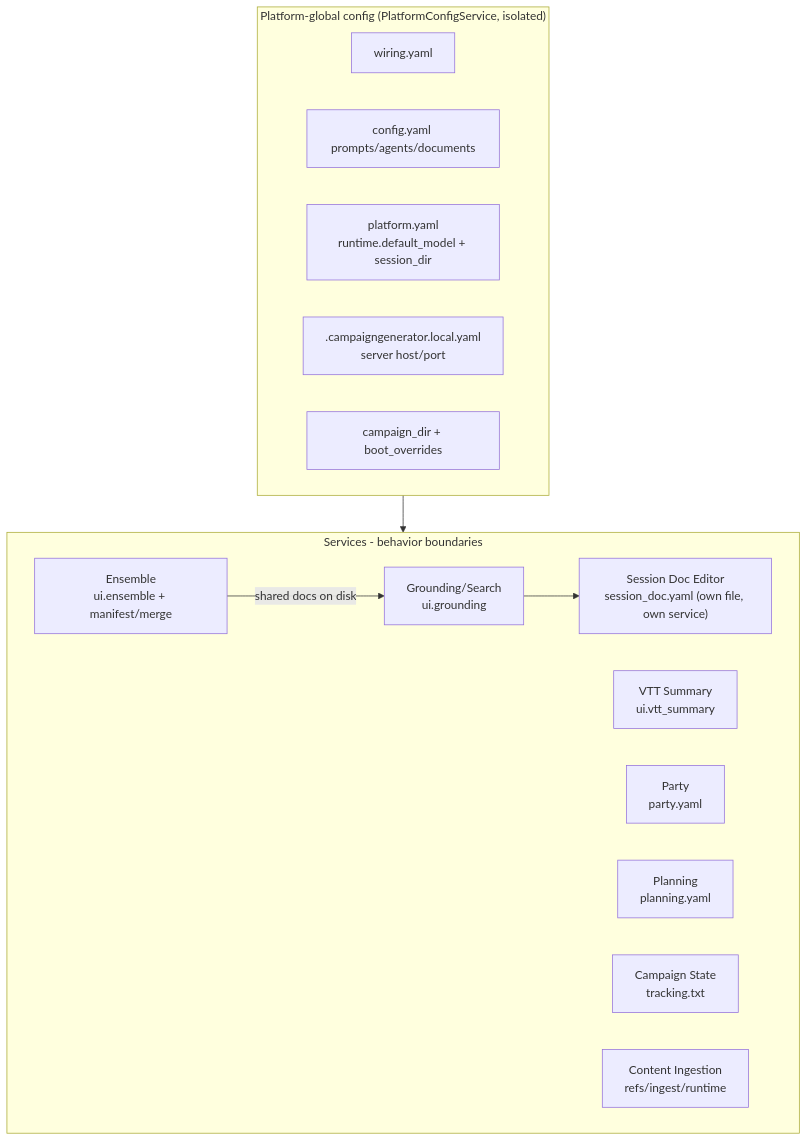
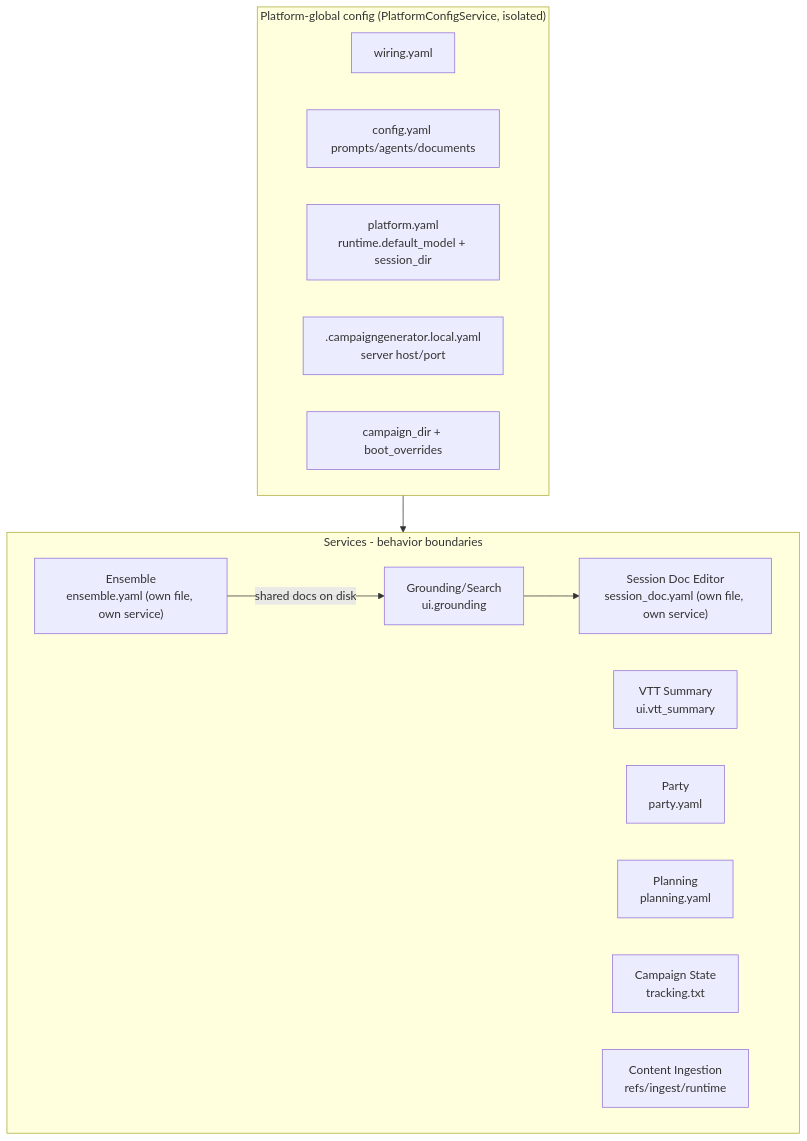
One commit to kostadis/CampaignGenerator changed the diagram in docs/config/service-cut.md. Above: the diagram before and after it, drawn with Mermaid. The commit also changed other lines of this file and 7 other files, not shown here.

````diff
--- a/docs/config/service-cut.md
+++ b/docs/config/service-cut.md
@@ -13,23 +13,23 @@
 ```mermaid
 flowchart TB
   subgraph Platform["Platform-global config (PlatformConfigService, isolated)"]
     WI[wiring.yaml]
     CY[config.yaml prompts/agents/documents]
     RT["platform.yaml<br/>runtime.default_model + session_dir"]
     SRV[".campaigngenerator.local.yaml<br/>server host/port"]
     ROOT[campaign_dir + boot_overrides]
   end
   subgraph Services[Services - behavior boundaries]
     SD["Session Doc Editor<br/>session_doc.yaml (own file, own service)"]
-    EN["Ensemble<br/>ui.ensemble + manifest/merge"]
+    EN["Ensemble<br/>ensemble.yaml (own file, own service)"]
     VT["VTT Summary<br/>ui.vtt_summary"]
     GR["Grounding/Search<br/>ui.grounding"]
     PA["Party<br/>party.yaml"]
     PL["Planning<br/>planning.yaml"]
     CST["Campaign State<br/>tracking.txt"]
     CI["Content Ingestion<br/>refs/ingest/runtime"]
   end
   Platform --> Services
   EN -->|shared docs on disk| GR
   GR --> SD
 ```
````
